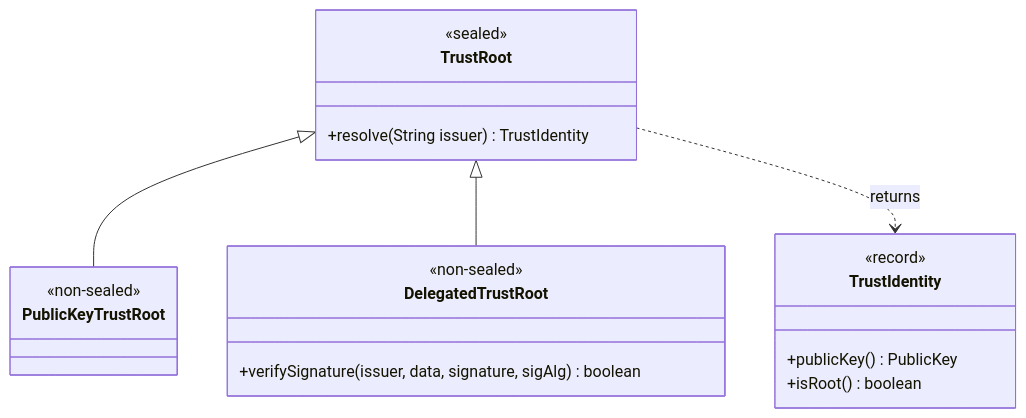
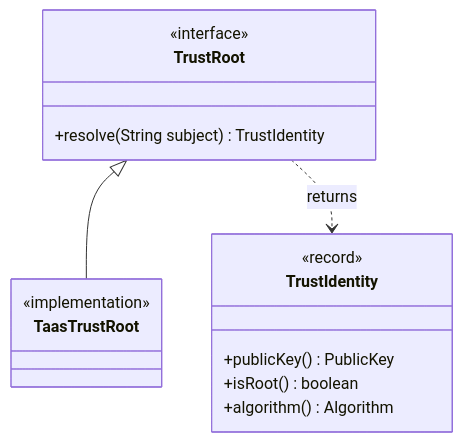
The diagram in docs/docs/guides/trustroot-setup.md (cyfko/veridot), drawn with Mermaid before and after one commit. The commit also changed other lines of this file and 84 other files, not shown here.

Commit message:
docs: complete Protocol V5 documentation rewrite (including premium diagrams)

````diff
--- a/docs/docs/guides/trustroot-setup.md
+++ b/docs/docs/guides/trustroot-setup.md
@@ -19,22 +17,18 @@
 ```mermaid
 classDiagram
     class TrustRoot {
-        <<sealed>>
-        +resolve(String issuer) TrustIdentity
+        <<interface>>
+        +resolve(String subject) TrustIdentity
     }
-    class PublicKeyTrustRoot {
-        <<non-sealed>>
-    }
-    class DelegatedTrustRoot {
-        <<non-sealed>>
-        +verifySignature(issuer, data, signature, sigAlg) boolean
+    class TaasTrustRoot {
+        <<implementation>>
     }
     class TrustIdentity {
         <<record>>
         +publicKey() PublicKey
         +isRoot() boolean
+        +algorithm() Algorithm
     }
-    TrustRoot <|-- PublicKeyTrustRoot
-    TrustRoot <|-- DelegatedTrustRoot
+    TrustRoot <|-- TaasTrustRoot
     TrustRoot ..> TrustIdentity : returns
 ```
````
